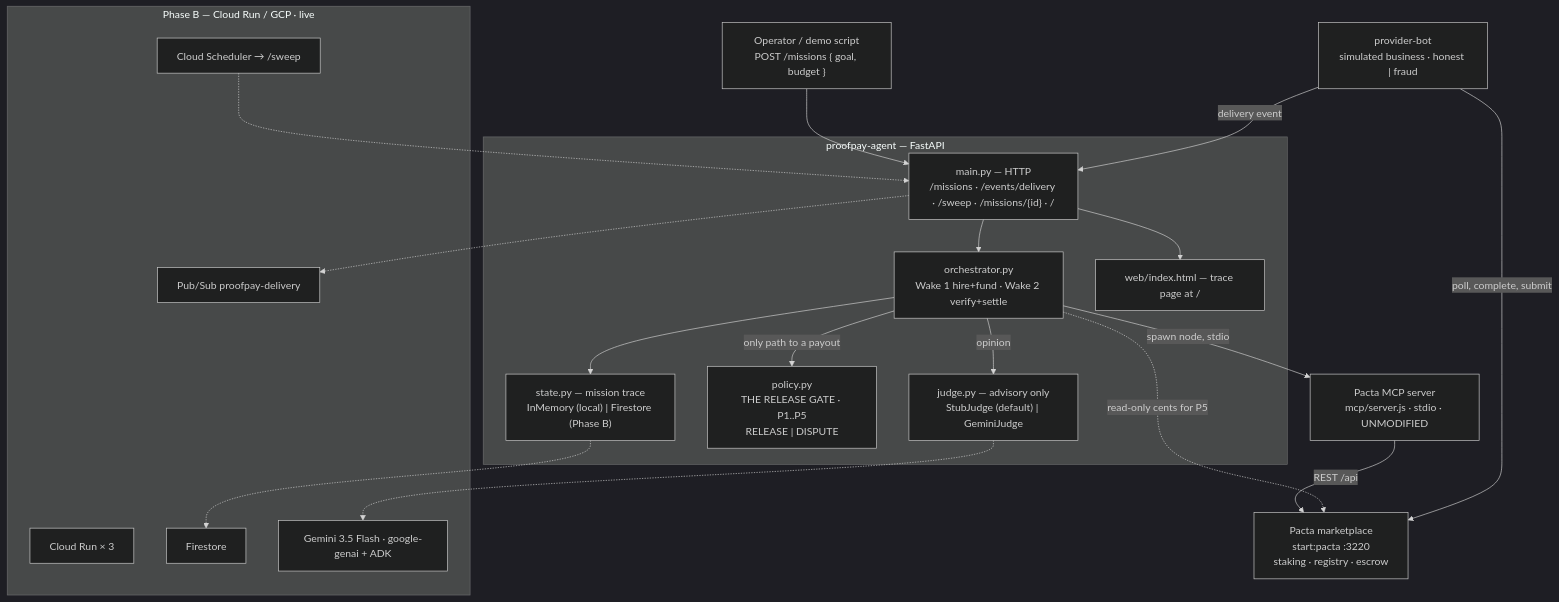
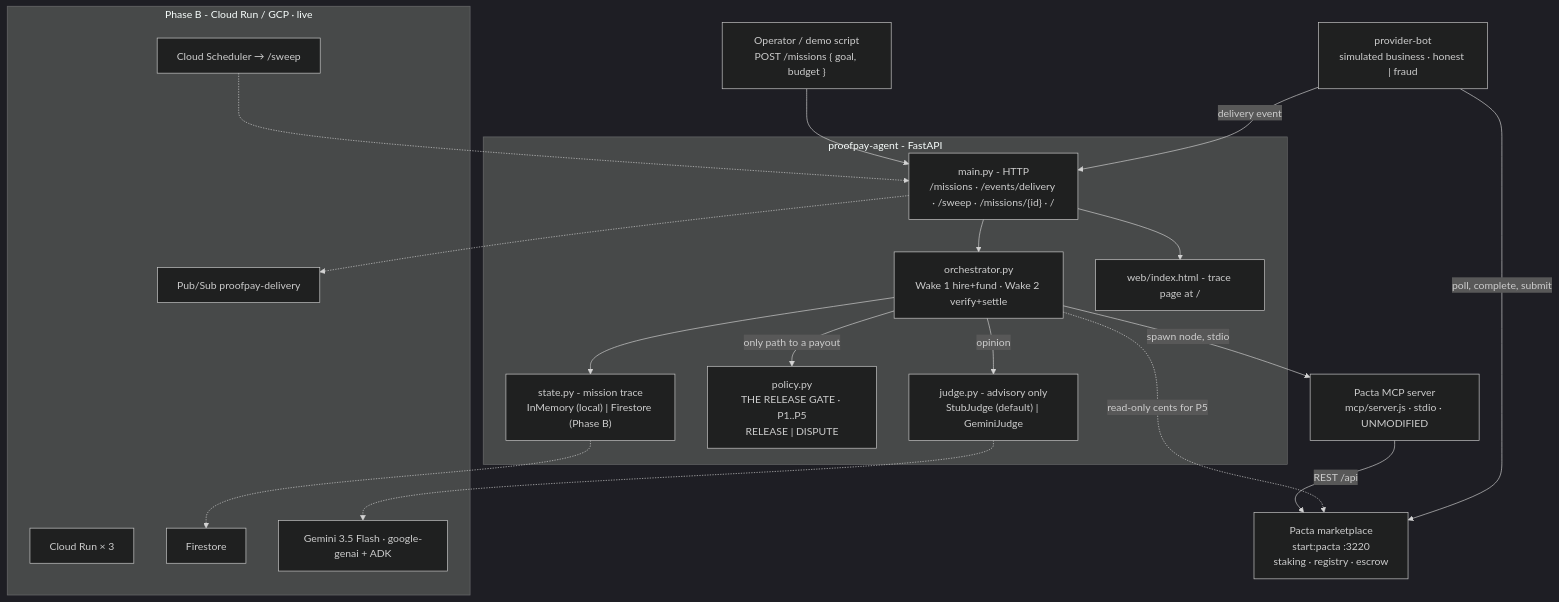
The first of 2 diagrams in README.md (JafCR/ProofPay), drawn with Mermaid (dark theme) before and after one commit. The commit also changed other lines of this file and 40 other files, not shown here.

````diff
--- a/README.md
+++ b/README.md
@@ -13,41 +13,41 @@
 ```mermaid
 flowchart TB
     caller["Operator / demo script<br/>POST /missions { goal, budget }"]
 
-    subgraph agentsvc["proofpay-agent — FastAPI"]
-        api["main.py — HTTP<br/>/missions · /events/delivery · /sweep · /missions/{id} · /"]
+    subgraph agentsvc["proofpay-agent - FastAPI"]
+        api["main.py - HTTP<br/>/missions · /events/delivery · /sweep · /missions/{id} · /"]
         orch["orchestrator.py<br/>Wake 1 hire+fund · Wake 2 verify+settle"]
-        judge["judge.py — advisory only<br/>StubJudge (default) | GeminiJudge"]
+        judge["judge.py - advisory only<br/>StubJudge (default) | GeminiJudge"]
         gate["policy.py<br/>THE RELEASE GATE · P1..P5<br/>RELEASE | DISPUTE"]
-        state["state.py — mission trace<br/>InMemory (local) | Firestore (Phase B)"]
-        web["web/index.html — trace page at /"]
+        state["state.py - mission trace<br/>InMemory (local) | Firestore (Phase B)"]
+        web["web/index.html - trace page at /"]
         api --> orch
         orch -->|opinion| judge
         orch -->|only path to a payout| gate
         orch --> state
         api --> web
     end
 
     mcp["Pacta MCP server<br/>mcp/server.js · stdio · UNMODIFIED"]
     market["Pacta marketplace<br/>start:pacta :3220<br/>staking · registry · escrow"]
     bot["provider-bot<br/>simulated business · honest | fraud"]
 
     caller --> api
     orch -->|spawn node, stdio| mcp
     mcp -->|REST /api| market
     orch -.->|read-only cents for P5| market
     bot -->|poll, complete, submit| market
     bot -->|delivery event| api
 
-    subgraph phaseb["Phase B — Cloud Run / GCP · live"]
+    subgraph phaseb["Phase B - Cloud Run / GCP · live"]
         run["Cloud Run × 3"]
         fs["Firestore"]
         ps["Pub/Sub proofpay-delivery"]
         sched["Cloud Scheduler → /sweep"]
         gem["Gemini 3.5 Flash · google-genai + ADK"]
     end
     state -.-> fs
     api -.-> ps
     sched -.-> api
     judge -.-> gem
 ```
````
